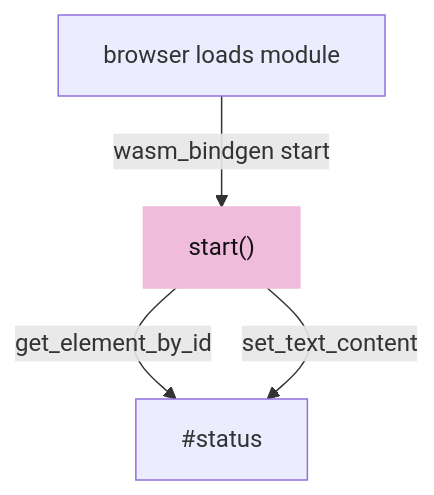
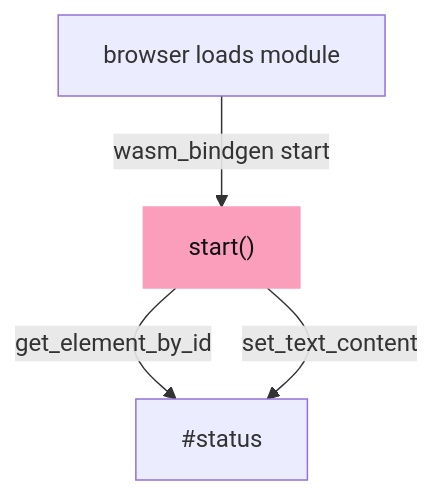
One commit to petrasvestartas/session changed the sixth of 6 diagrams in session_viewer/docs/00-environment.md. Above: the diagram before and after it, drawn with Mermaid. The commit also changed other lines of this file and 328 other files, not shown here.

First line of the commit message:
Course: the palette you sent, and mermaid drawn like the drawings

````diff
--- a/session_viewer/docs/00-environment.md
+++ b/session_viewer/docs/00-environment.md
@@ -116,7 +116,7 @@
 ```mermaid
 flowchart TB
     B["browser loads module"] -- "wasm_bindgen start" --> F["start()"]
     F -- "get_element_by_id" --> S["#status"]
     F -- "set_text_content" --> S
-    style F fill:#f0bcdb,stroke:#f0bcdb,color:#111
+    style F fill:#fa9ebc,stroke:#fa9ebc,color:#111
 ```
````
